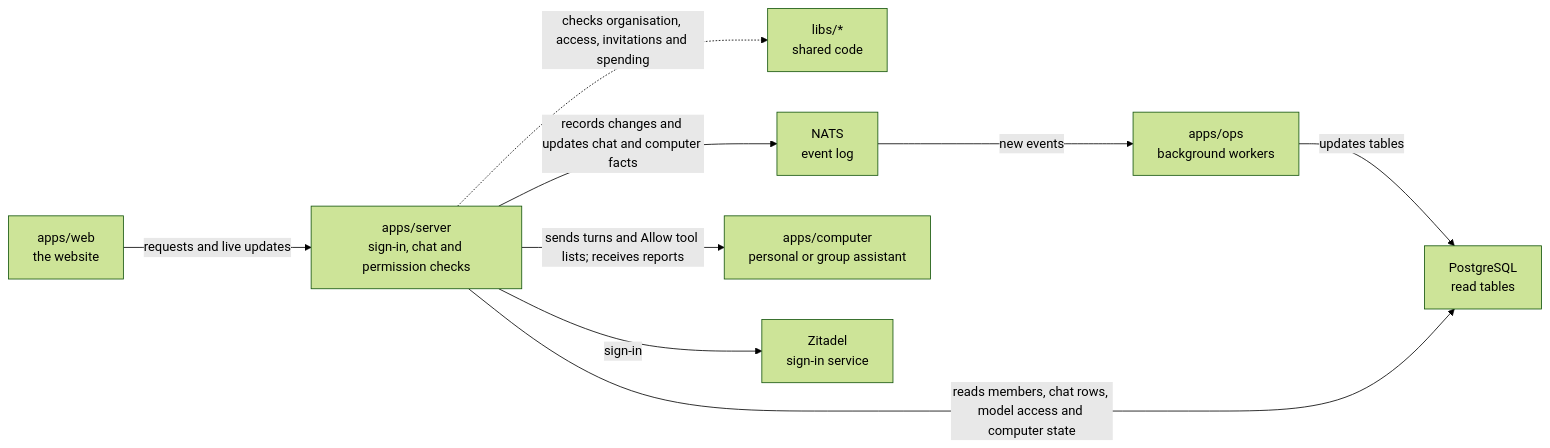
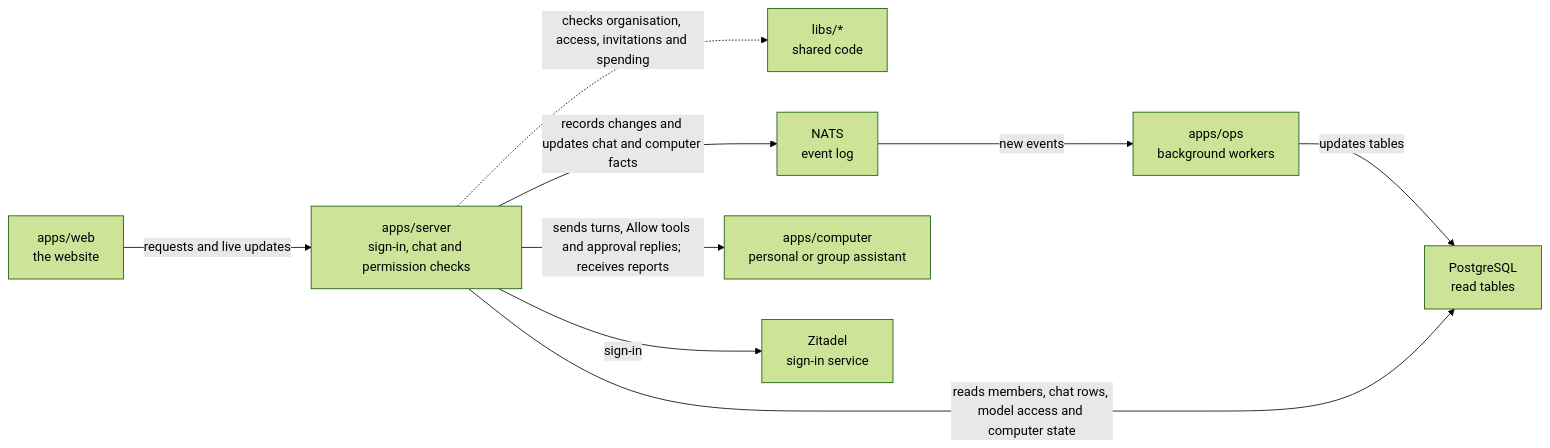
Before and after one commit to elewa-git/opencrane-new: the diagram in apps/server/README.md, drawn with Mermaid (forest theme). The commit also changed other lines of this file and 10 other files, not shown here.

Commit message:
🛂 Accept computer approval wait signals.

````diff
--- a/apps/server/README.md
+++ b/apps/server/README.md
@@ -11,11 +11,11 @@
 ```mermaid
 flowchart LR
   web["apps/web<br/>the website"] -->|requests and live updates| server["apps/server<br/>sign-in, chat and permission checks"]
   server -.->|checks organisation, access, invitations and spending| libs["libs/*<br/>shared code"]
   server -->|records changes and updates chat and computer facts| nats["NATS<br/>event log"]
   nats -->|new events| ops["apps/ops<br/>background workers"]
   ops -->|updates tables| postgres["PostgreSQL<br/>read tables"]
   server -->|reads members, chat rows, model access and computer state| postgres
-  server -->|sends turns and Allow tool lists; receives reports| computer["apps/computer<br/>personal or group assistant"]
+  server -->|sends turns, Allow tools and approval replies; receives reports| computer["apps/computer<br/>personal or group assistant"]
   server -->|sign-in| zitadel["Zitadel<br/>sign-in service"]
 ```
````
